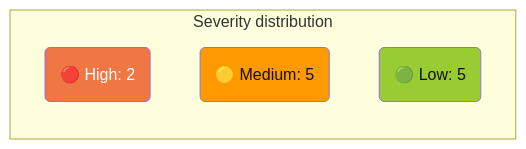
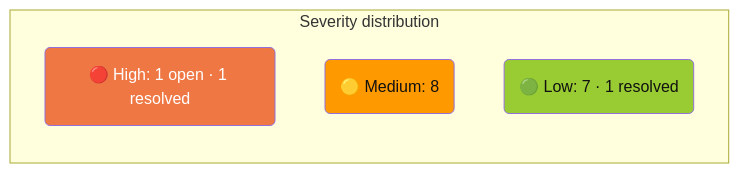
The diagram in docs/tech-debt.md (marcelofrau/xb-homebrew-vault), drawn with Mermaid before and after one commit. The commit also changed other lines of this file and 15 other files, not shown here.

````diff
--- a/docs/tech-debt.md
+++ b/docs/tech-debt.md
@@ -126,12 +239,12 @@
 ```mermaid
 graph LR
     subgraph Severity["Severity distribution"]
-        H("🔴 High: 2"):::high
-        M("🟡 Medium: 5"):::medium
-        L("🟢 Low: 5"):::low
+        H("🔴 High: 1 open · 1 resolved"):::high
+        M("🟡 Medium: 8"):::medium
+        L("🟢 Low: 7 · 1 resolved"):::low
     end
 
     classDef high fill:#e74,color:#fff
     classDef medium fill:#f90,color:#111
     classDef low fill:#9c3,color:#111
 ```
````
